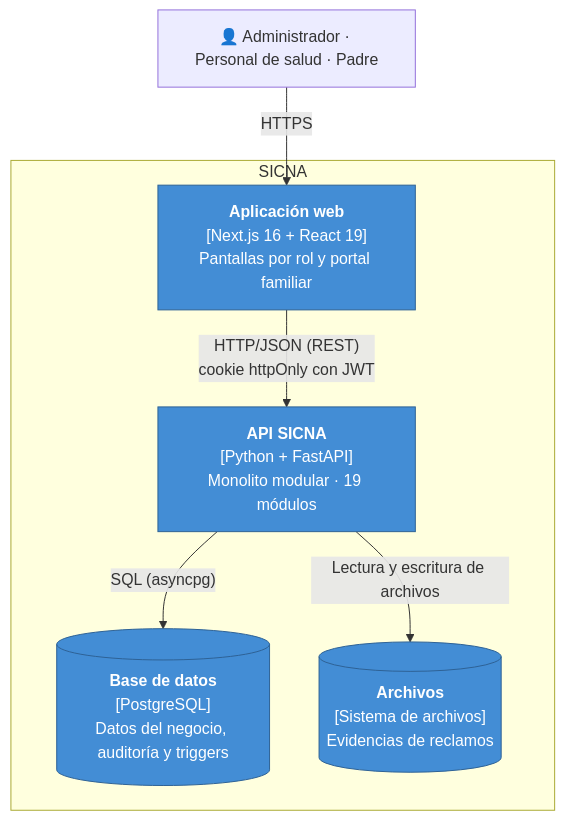
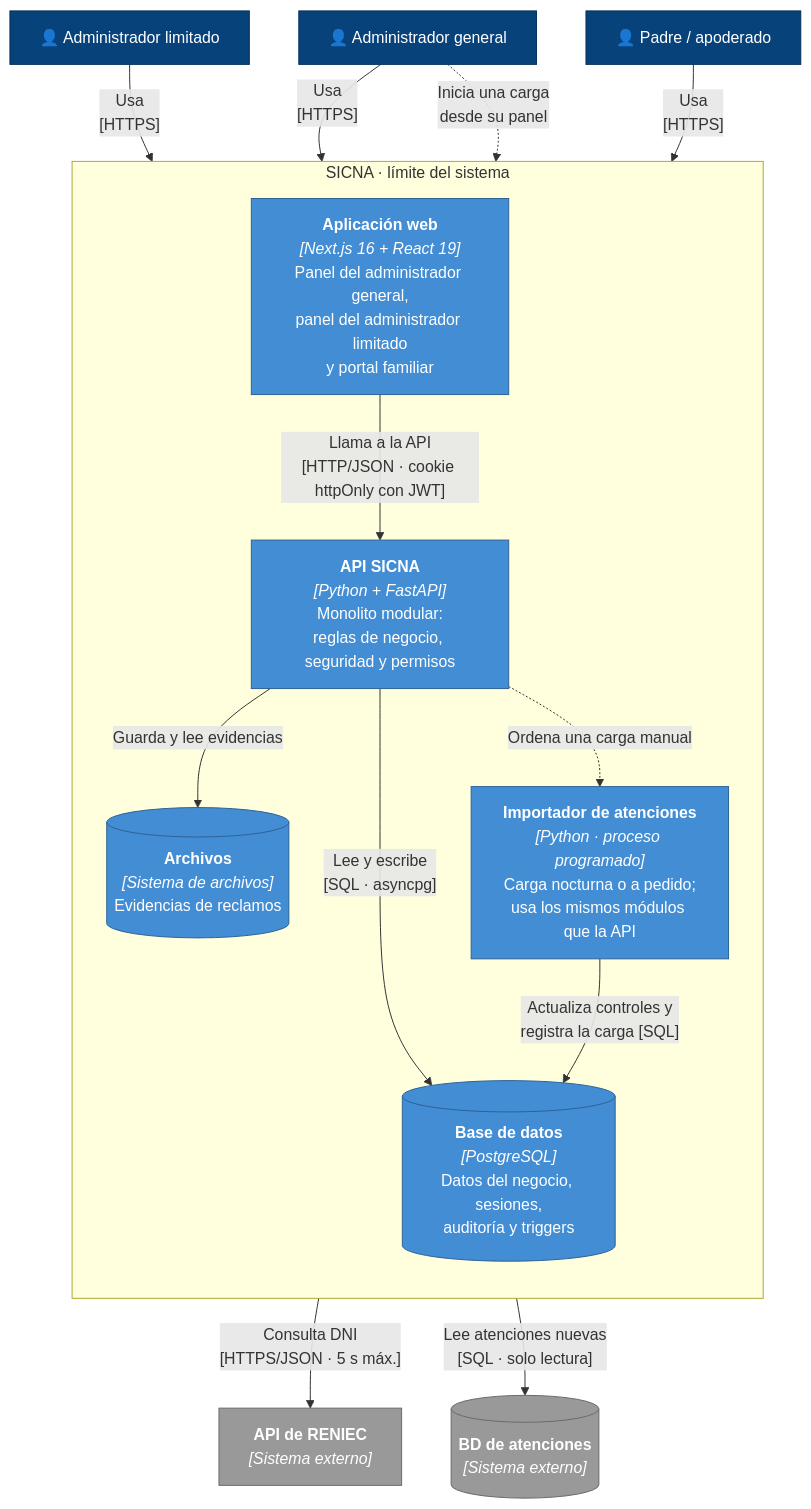
Before and after one commit to germanAmiqueroPeralta/SPRINT1: the diagram in docs/04-modelo-c4/nivel-2-contenedores.md, drawn with Mermaid. The commit also changed other lines of this file and 19 other files, not shown here.

````diff
--- a/docs/04-modelo-c4/nivel-2-contenedores.md
+++ b/docs/04-modelo-c4/nivel-2-contenedores.md
@@ -23,21 +23,35 @@
 ```mermaid
 flowchart TB
-    Usuarios["👤 Administrador · Personal de salud · Padre"]
+    AG["👤 Administrador general"]
+    AL["👤 Administrador limitado"]
+    PA["👤 Padre / apoderado"]
 
-    subgraph SICNA["SICNA"]
-        Web["<b>Aplicación web</b><br/>[Next.js 16 + React 19]<br/>Pantallas por rol y portal familiar"]
-        API["<b>API SICNA</b><br/>[Python + FastAPI]<br/>Monolito modular · 19 módulos"]
-        BD[("<b>Base de datos</b><br/>[PostgreSQL]<br/>Datos del negocio, auditoría y triggers")]
-        FS[("<b>Archivos</b><br/>[Sistema de archivos]<br/>Evidencias de reclamos")]
+    subgraph SICNA["SICNA · límite del sistema"]
+        direction TB
+        Web["<b>Aplicación web</b><br/><i>[Next.js 16 + React 19]</i><br/>Panel del administrador general,<br/>panel del administrador limitado<br/>y portal familiar"]
+        API["<b>API SICNA</b><br/><i>[Python + FastAPI]</i><br/>Monolito modular:<br/>reglas de negocio, seguridad y permisos"]
+        IMP["<b>Importador de atenciones</b><br/><i>[Python · proceso programado]</i><br/>Carga nocturna o a pedido;<br/>usa los mismos módulos que la API"]
+        BD[("<b>Base de datos</b><br/><i>[PostgreSQL]</i><br/>Datos del negocio, sesiones,<br/>auditoría y triggers")]
+        FS[("<b>Archivos</b><br/><i>[Sistema de archivos]</i><br/>Evidencias de reclamos")]
     end
 
-    Usuarios -->|"HTTPS"| Web
-    Web -->|"HTTP/JSON (REST)<br/>cookie httpOnly con JWT"| API
-    API -->|"SQL (asyncpg)"| BD
-    API -->|"Lectura y escritura de archivos"| FS
+    RENIEC["<b>API de RENIEC</b><br/><i>[Sistema externo]</i>"]
+    BDEXT[("<b>BD de atenciones</b><br/><i>[Sistema externo]</i>")]
 
+    AG & AL & PA -->|"Usa<br/>[HTTPS]"| Web
+    Web -->|"Llama a la API<br/>[HTTP/JSON · cookie httpOnly con JWT]"| API
+    AG -.->|"Inicia una carga<br/>desde su panel"| Web
+    API -->|"Lee y escribe<br/>[SQL · asyncpg]"| BD
+    API -->|"Guarda y lee evidencias"| FS
+    API -->|"Consulta DNI<br/>[HTTPS/JSON · 5 s máx.]"| RENIEC
+    API -.->|"Ordena una carga manual"| IMP
+    IMP -->|"Lee atenciones nuevas<br/>[SQL · solo lectura]"| BDEXT
+    IMP -->|"Actualiza controles y<br/>registra la carga [SQL]"| BD
+
+    classDef persona fill:#08427b,color:#fff,stroke:#052e56
     classDef cont fill:#438dd5,color:#fff,stroke:#2e6295
-    classDef db fill:#438dd5,color:#fff,stroke:#2e6295
-    class Web,API cont
-    class BD,FS db
+    classDef ext fill:#999,color:#fff,stroke:#6b6b6b
+    class AG,AL,PA persona
+    class Web,API,IMP,BD,FS cont
+    class RENIEC,BDEXT ext
 ```
````
